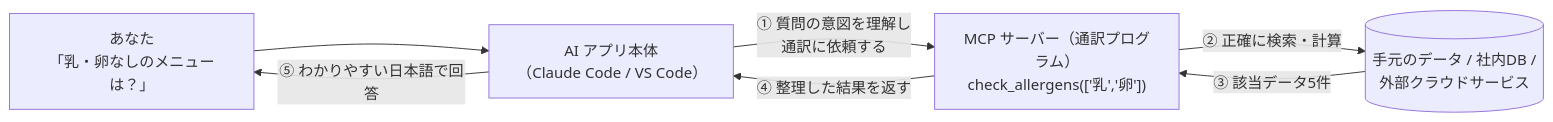
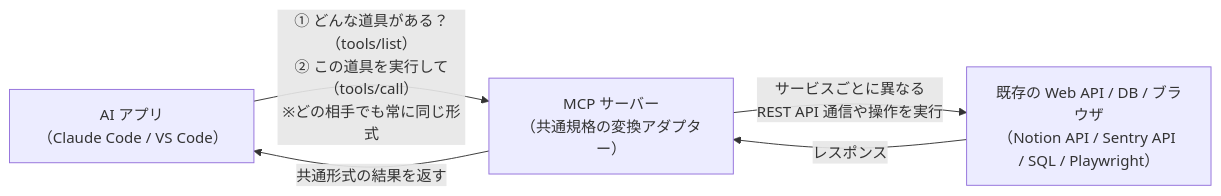
Before and after one commit to safubuki/agent-study: the second of 7 diagrams in mcp-guide/docs/00_mcp-guide.md, drawn with Mermaid. The commit also changed other lines of this file and 32 other files, not shown here.

````diff
--- a/mcp-guide/docs/00_mcp-guide.md
+++ b/mcp-guide/docs/00_mcp-guide.md
@@ -43,9 +70,11 @@
 ```mermaid
 flowchart LR
-    U["あなた<br/>「乳・卵なしのメニューは？」"] --> AI["AI アプリ本体<br/>（Claude Code / VS Code）"]
-    AI -->|"① 質問の意図を理解し<br/>通訳に依頼する"| MCP["MCP サーバー（通訳プログラム）<br/>check_allergens(['乳','卵'])"]
-    MCP -->|"② 正確に検索・計算"| DATA[("手元のデータ / 社内DB /<br/>外部クラウドサービス")]
-    DATA -->|"③ 該当データ5件"| MCP
-    MCP -->|"④ 整理した結果を返す"| AI
-    AI -->|"⑤ わかりやすい日本語で回答"| U
+    AI["AI アプリ<br/>（Claude Code / VS Code）"]
+    MCP["MCP サーバー<br/>（共通規格の変換アダプター）"]
+    API["既存の Web API / DB / ブラウザ<br/>（Notion API / Sentry API / SQL / Playwright）"]
+
+    AI -->|"① どんな道具がある？（tools/list）<br/>② この道具を実行して（tools/call）<br/>※どの相手でも常に同じ形式"| MCP
+    MCP -->|"サービスごとに異なる<br/>REST API 通信や操作を実行"| API
+    API -->|"レスポンス"| MCP
+    MCP -->|"共通形式の結果を返す"| AI
 ```
````
